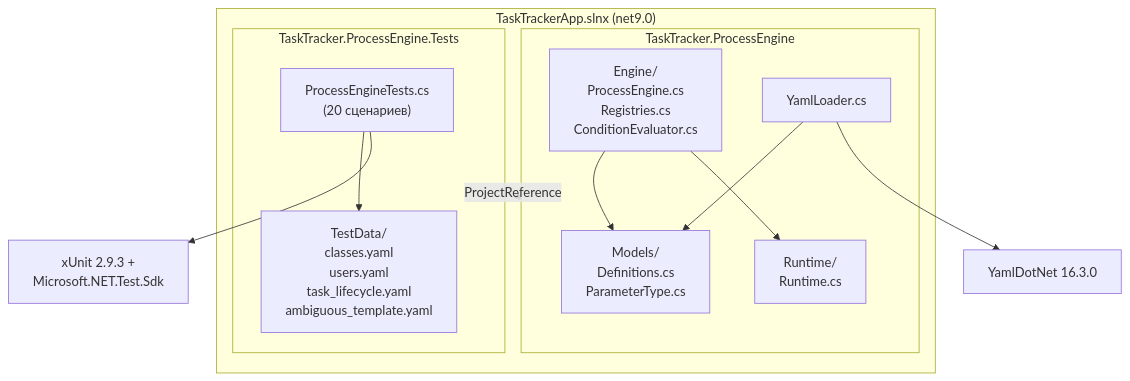
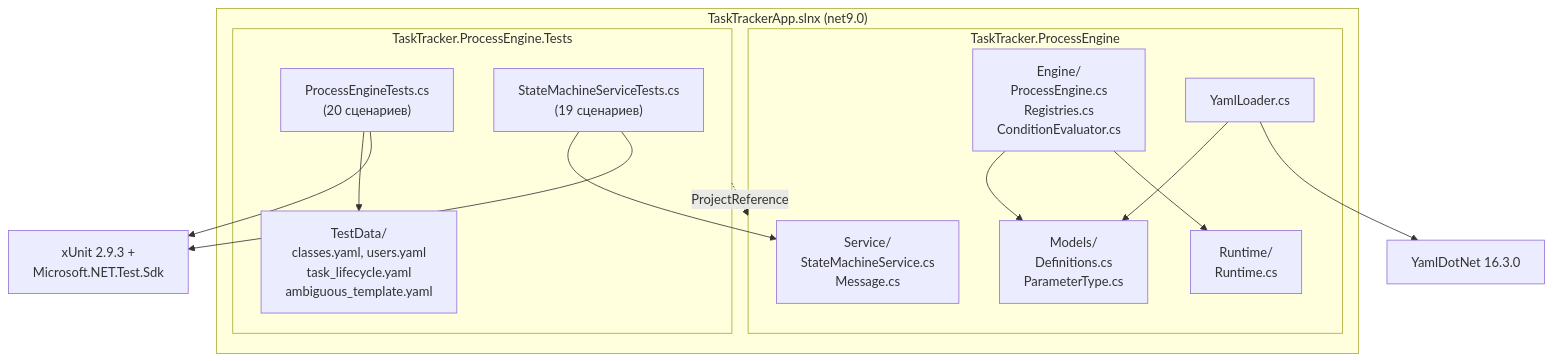
Before and after one commit to AntonMikityuk/MOiPIS-Labs: the third of 5 diagrams in README.md, drawn with Mermaid. The commit also changed other lines of this file, not shown here.

````diff
--- a/README.md
+++ b/README.md
@@ -297,27 +306,31 @@
 ```mermaid
 graph TB
     subgraph solution["TaskTrackerApp.slnx (net9.0)"]
         subgraph lib["TaskTracker.ProcessEngine"]
             Models["Models/<br/>Definitions.cs<br/>ParameterType.cs"]
             Engine["Engine/<br/>ProcessEngine.cs<br/>Registries.cs<br/>ConditionEvaluator.cs"]
             Runtime["Runtime/<br/>Runtime.cs"]
+            Service["Service/<br/>StateMachineService.cs<br/>Message.cs"]
             YL["YamlLoader.cs"]
         end
         subgraph tests["TaskTracker.ProcessEngine.Tests"]
             PET["ProcessEngineTests.cs<br/>(20 сценариев)"]
-            TD["TestData/<br/>classes.yaml<br/>users.yaml<br/>task_lifecycle.yaml<br/>ambiguous_template.yaml"]
+            SMT["StateMachineServiceTests.cs<br/>(19 сценариев)"]
+            TD["TestData/<br/>classes.yaml, users.yaml<br/>task_lifecycle.yaml<br/>ambiguous_template.yaml"]
         end
     end
 
     Engine --> Models
     Engine --> Runtime
     YL --> Models
     tests -.->|ProjectReference| lib
     PET --> TD
+    SMT --> Service
 
     YAML["YamlDotNet 16.3.0"]
     XUnit["xUnit 2.9.3 +<br/>Microsoft.NET.Test.Sdk"]
 
     YL --> YAML
     PET --> XUnit
+    SMT --> XUnit
 ```
````
